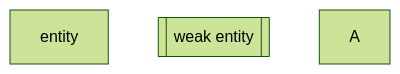
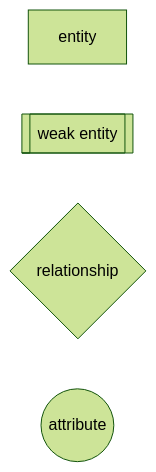
Before and after one commit to bfeitknecht/vault: the diagram in sem4/DMDB/PV/DMDB-summary.md, drawn with Mermaid (forest theme).

Commit message:
backup: 2025-06-30T08:52:12+02:00 from MacBook Pro (echo)
Affected files:
sem4/DMDB/PV/DMDB-summary.md

````diff
--- a/sem4/DMDB/PV/DMDB-summary.md
+++ b/sem4/DMDB/PV/DMDB-summary.md
@@ -36,8 +36,9 @@
 ```mermaid
-flowchart TD
+flowchart LR
 
 id01[entity]
 id02[[weak entity]]
+id03{relationship}
+id04((attribute))
 
-A@{shape: }
 ```
````
